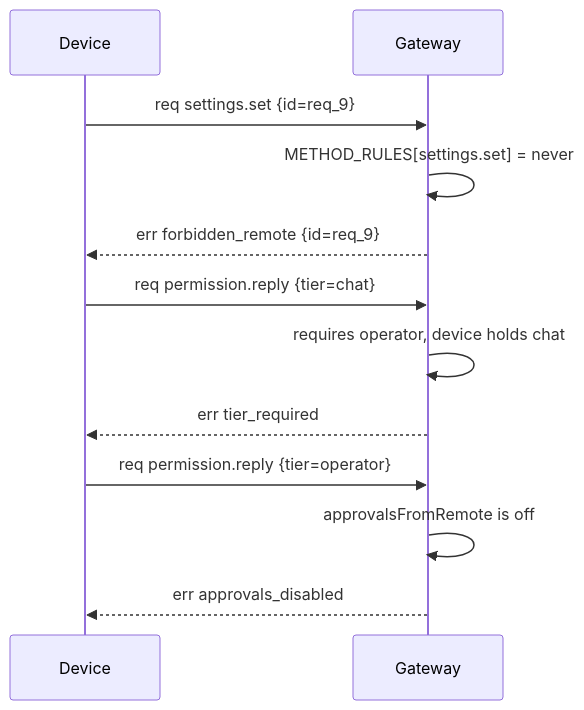
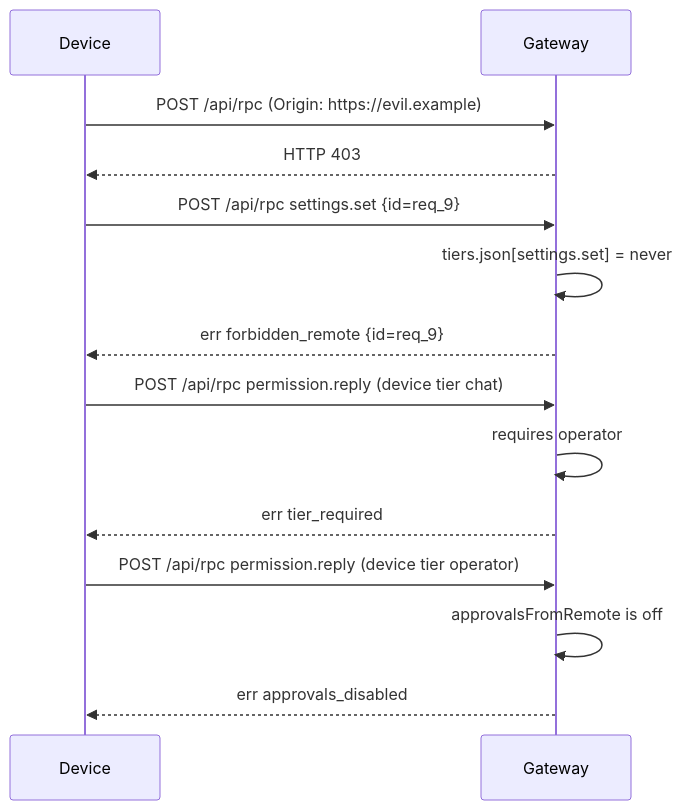
The fifth of 7 diagrams in docs/remote/SEQUENCES.md (sico-vibes/bloblex), drawn with Mermaid before and after one commit. The commit also changed other lines of this file and 10 other files, not shown here.

````diff
--- a/docs/remote/SEQUENCES.md
+++ b/docs/remote/SEQUENCES.md
@@ -166,17 +158,20 @@
 ```mermaid
 sequenceDiagram
     participant Device
     participant Gateway
 
-    Device->>Gateway: req settings.set {id=req_9}
-    Gateway->>Gateway: METHOD_RULES[settings.set] = never
+    Device->>Gateway: POST /api/rpc (Origin: https://evil.example)
+    Gateway-->>Device: HTTP 403
+
+    Device->>Gateway: POST /api/rpc settings.set {id=req_9}
+    Gateway->>Gateway: tiers.json[settings.set] = never
     Gateway-->>Device: err forbidden_remote {id=req_9}
 
-    Device->>Gateway: req permission.reply {tier=chat}
-    Gateway->>Gateway: requires operator, device holds chat
+    Device->>Gateway: POST /api/rpc permission.reply (device tier chat)
+    Gateway->>Gateway: requires operator
     Gateway-->>Device: err tier_required
 
-    Device->>Gateway: req permission.reply {tier=operator}
+    Device->>Gateway: POST /api/rpc permission.reply (device tier operator)
     Gateway->>Gateway: approvalsFromRemote is off
     Gateway-->>Device: err approvals_disabled
 ```
````
